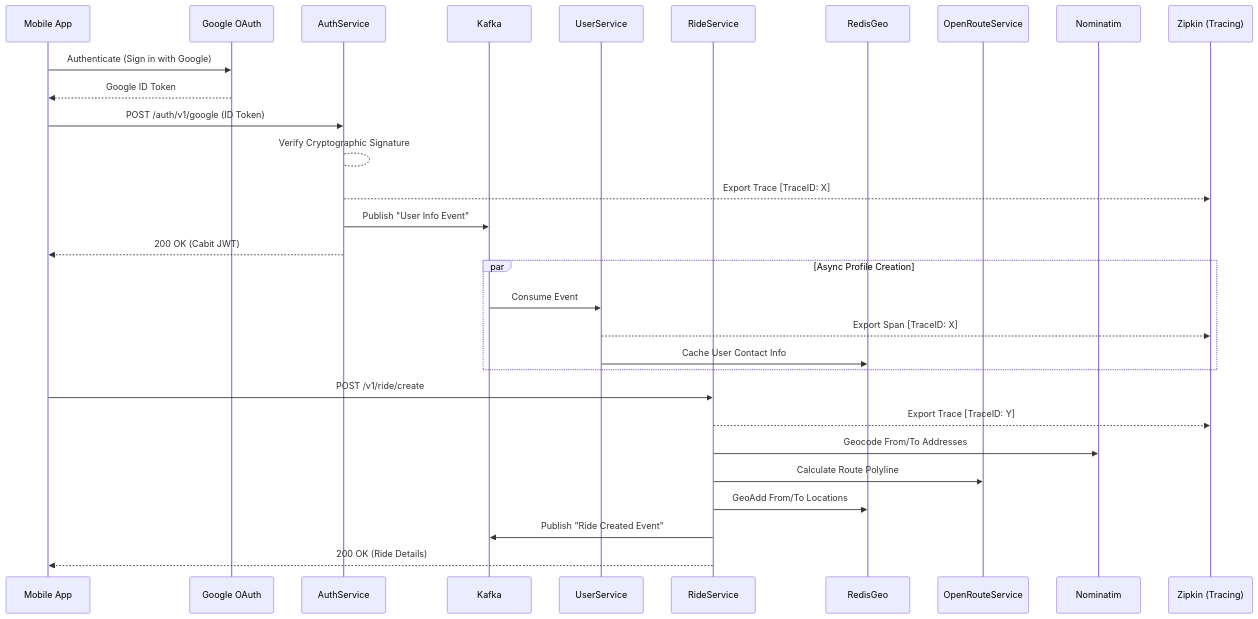
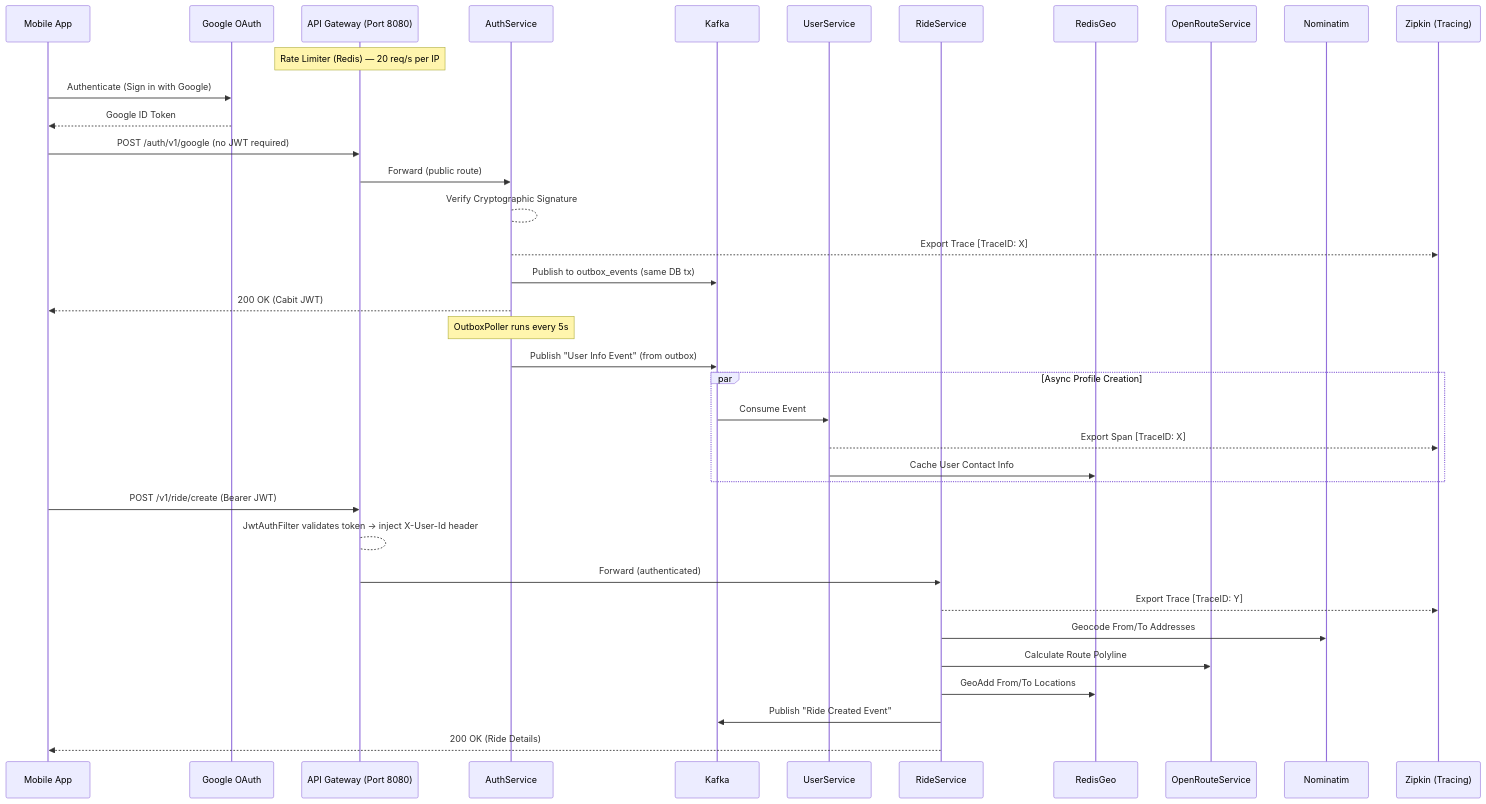
The diagram in README.md (Arnav05-cyber/Cabit), drawn with Mermaid before and after one commit. The commit also changed 16 other files, not shown here.

Commit message:
feat: add Transactional Outbox Pattern and Spring Cloud Gateway

````diff
--- a/README.md
+++ b/README.md
@@ -9,35 +9,44 @@
 ```mermaid
 sequenceDiagram
     participant App as Mobile App
     participant Google as Google OAuth
+    participant GW as API Gateway (Port 8080)
     participant AuthService
     participant Kafka
     participant UserService
     participant RideService
     participant RedisGeo
     participant ORS as OpenRouteService
     participant Nom as Nominatim
     participant Zipkin as Zipkin (Tracing)
 
+    Note over GW: Rate Limiter (Redis) — 20 req/s per IP
+
     App->>Google: Authenticate (Sign in with Google)
     Google-->>App: Google ID Token
-    App->>AuthService: POST /auth/v1/google (ID Token)
+    App->>GW: POST /auth/v1/google (no JWT required)
+    GW->>AuthService: Forward (public route)
     AuthService-->AuthService: Verify Cryptographic Signature
     AuthService-->>Zipkin: Export Trace [TraceID: X]
-    AuthService->>Kafka: Publish "User Info Event"
+    AuthService->>Kafka: Publish to outbox_events (same DB tx)
     AuthService-->>App: 200 OK (Cabit JWT)
+
+    Note over AuthService: OutboxPoller runs every 5s
+    AuthService->>Kafka: Publish "User Info Event" (from outbox)
 
     par Async Profile Creation
         Kafka->>UserService: Consume Event
         UserService-->>Zipkin: Export Span [TraceID: X]
         UserService->>RedisGeo: Cache User Contact Info
     end
 
-    App->>RideService: POST /v1/ride/create
+    App->>GW: POST /v1/ride/create (Bearer JWT)
+    GW-->GW: JwtAuthFilter validates token → inject X-User-Id header
+    GW->>RideService: Forward (authenticated)
     RideService-->>Zipkin: Export Trace [TraceID: Y]
     RideService->>Nom: Geocode From/To Addresses
     RideService->>ORS: Calculate Route Polyline
     RideService->>RedisGeo: GeoAdd From/To Locations
     RideService->>Kafka: Publish "Ride Created Event"
     RideService-->>App: 200 OK (Ride Details)
 ```
````
